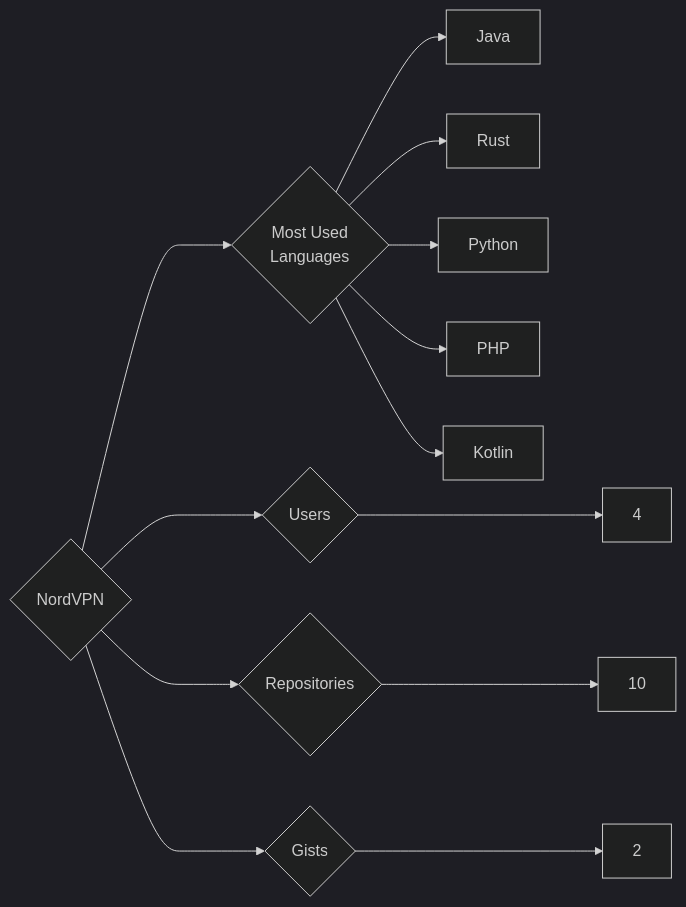
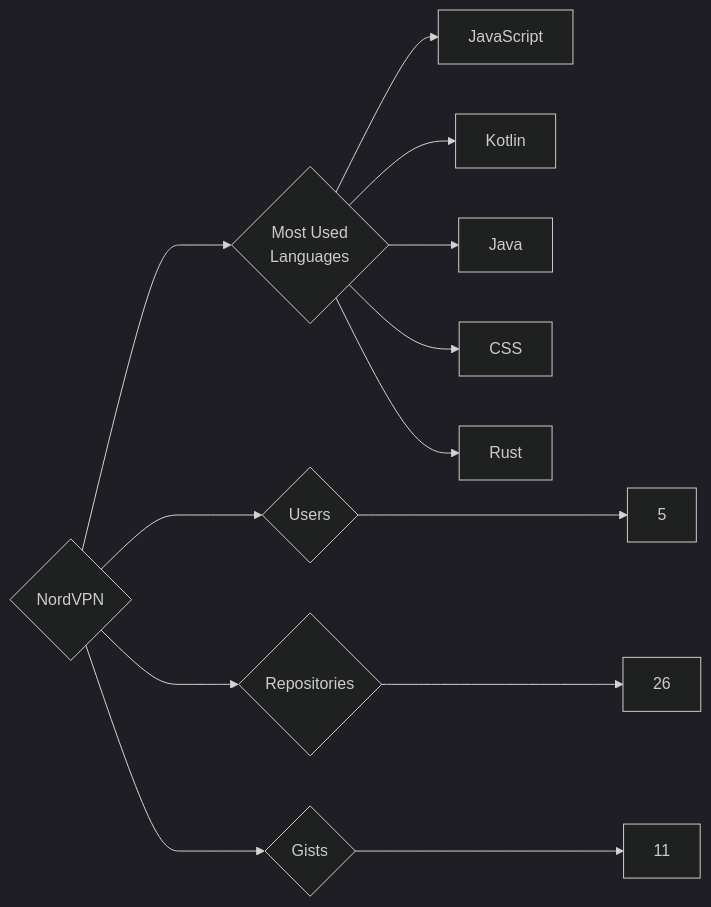
One commit to trickest/insiders changed the diagram in targets/NordVPN/README.md. Above: the diagram before and after it, drawn with Mermaid (dark theme). The commit also changed 1011 other files, not shown here.

````diff
--- a/targets/NordVPN/README.md
+++ b/targets/NordVPN/README.md
@@ -3,13 +3,13 @@
 ```mermaid
 graph LR
 COMPANY_NAME{NordVPN}
-COMPANY_NAME ---> U{Users} ---> UN[4]
-COMPANY_NAME ---> R{Repositories} ---> RN[10]
-COMPANY_NAME ---> G{Gists} ---> GN[2]
+COMPANY_NAME ---> U{Users} ---> UN[5]
+COMPANY_NAME ---> R{Repositories} ---> RN[26]
+COMPANY_NAME ---> G{Gists} ---> GN[11]
 COMPANY_NAME ---> ML{Most Used<br>Languages}
+ML --> JavaScript[JavaScript]
+ML --> Kotlin[Kotlin]
 ML --> Java[Java]
+ML --> CSS[CSS]
 ML --> Rust[Rust]
-ML --> Python[Python]
-ML --> PHP[PHP]
-ML --> Kotlin[Kotlin]
 ```
````
